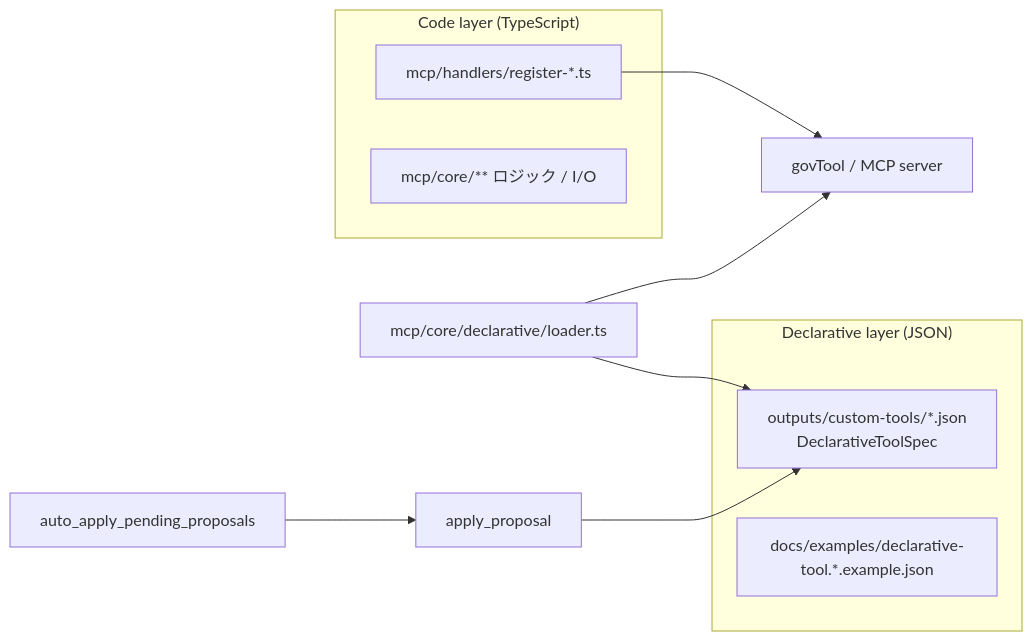
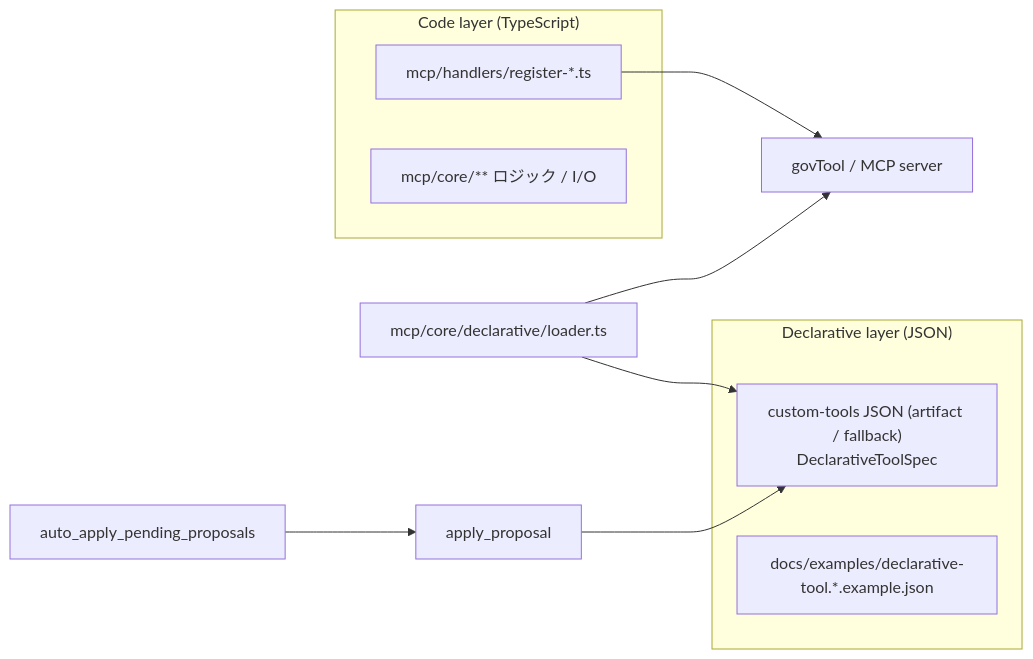
One commit to haruki10041999/SALESFORCE-AI-COMPANY changed the second of 2 diagrams in docs/architecture.md. Above: the diagram before and after it, drawn with Mermaid. The commit also changed other lines of this file and 155 other files, not shown here.

````diff
--- a/docs/architecture.md
+++ b/docs/architecture.md
@@ -177,16 +181,16 @@
 ```mermaid
 flowchart LR
   subgraph Declarative["Declarative layer (JSON)"]
-    A1["outputs/custom-tools/*.json<br/>DeclarativeToolSpec"]
+    A1["custom-tools JSON (artifact / fallback)<br/>DeclarativeToolSpec"]
     A2["docs/examples/declarative-tool.*.example.json"]
   end
   subgraph Code["Code layer (TypeScript)"]
     B1["mcp/handlers/register-*.ts"]
     B2["mcp/core/** ロジック / I/O"]
   end
   Loader["mcp/core/declarative/loader.ts"] --> A1
   Loader --> Reg["govTool / MCP server"]
   B1 --> Reg
   Proposal["apply_proposal"] --> A1
   AutoGate["auto_apply_pending_proposals"] --> Proposal
 ```
````
